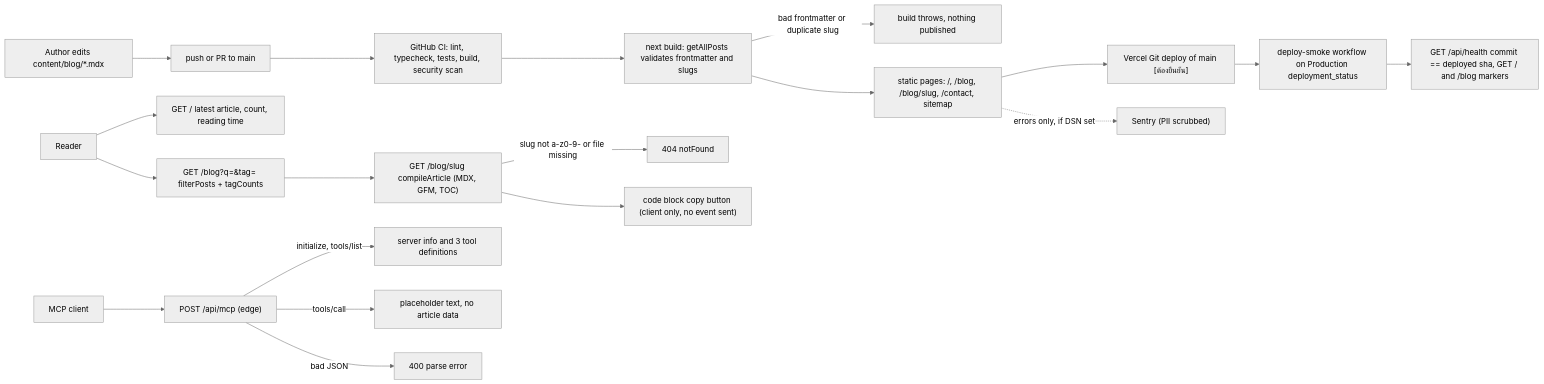
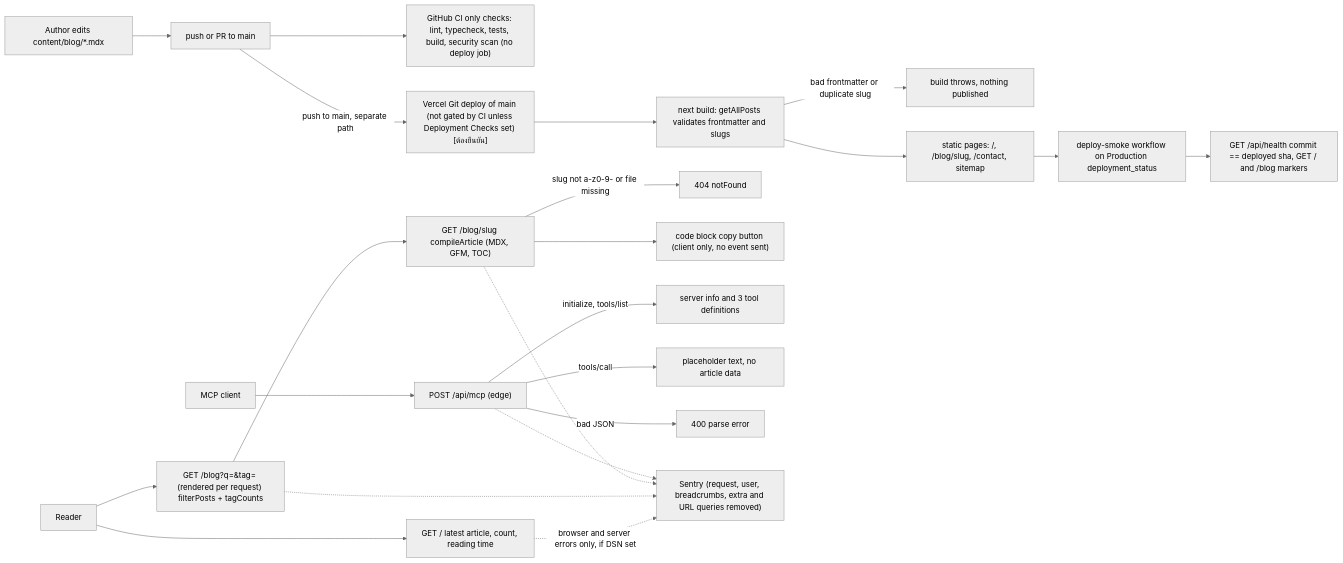
One commit to bookchaowalit-website/content-techblog-web changed the first of 2 diagrams in docs/diagrams/01-business-process.md. Above: the diagram before and after it, drawn with Mermaid (neutral theme). The commit also changed other lines of this file, not shown here.

Commit message:
docs: correct As-Is/To-Be facts from review (01-business-process)

````diff
--- a/docs/diagrams/01-business-process.md
+++ b/docs/diagrams/01-business-process.md
@@ -9,21 +9,24 @@
 ```mermaid
 flowchart LR
   AUTHOR["Author edits content/blog/*.mdx"] --> PR["push or PR to main"]
-  PR --> CI["GitHub CI: lint, typecheck, tests, build, security scan"]
-  CI --> BUILD["next build: getAllPosts validates frontmatter and slugs"]
+  PR --> CI["GitHub CI only checks: lint, typecheck, tests, build, security scan (no deploy job)"]
+  PR -->|"push to main, separate path"| VERCEL["Vercel Git deploy of main (not gated by CI unless Deployment Checks set) [ต้องยืนยัน]"]
+  VERCEL --> BUILD["next build: getAllPosts validates frontmatter and slugs"]
   BUILD -->|"bad frontmatter or duplicate slug"| FAIL["build throws, nothing published"]
-  BUILD --> STATIC["static pages: /, /blog, /blog/slug, /contact, sitemap"]
-  STATIC --> VERCEL["Vercel Git deploy of main [ต้องยืนยัน]"]
-  VERCEL --> SMOKE["deploy-smoke workflow on Production deployment_status"]
+  BUILD --> STATIC["static pages: /, /blog/slug, /contact, sitemap"]
+  STATIC --> SMOKE["deploy-smoke workflow on Production deployment_status"]
   SMOKE --> HEALTH["GET /api/health commit == deployed sha, GET / and /blog markers"]
   R["Reader"] --> HOME["GET / latest article, count, reading time"]
-  R --> IDX["GET /blog?q=&tag= filterPosts + tagCounts"]
+  R --> IDX["GET /blog?q=&tag= (rendered per request) filterPosts + tagCounts"]
   IDX --> ART["GET /blog/slug compileArticle (MDX, GFM, TOC)"]
   ART -->|"slug not a-z0-9- or file missing"| NF["404 notFound"]
   ART --> COPY["code block copy button (client only, no event sent)"]
   AGENT["MCP client"] --> MCP["POST /api/mcp (edge)"]
   MCP -->|"initialize, tools/list"| META["server info and 3 tool definitions"]
   MCP -->|"tools/call"| STUB["placeholder text, no article data"]
   MCP -->|"bad JSON"| PERR["400 parse error"]
-  STATIC -.->|"errors only, if DSN set"| SENTRY["Sentry (PII scrubbed)"]
+  HOME -.->|"browser and server errors only, if DSN set"| SENTRY["Sentry (request, user, breadcrumbs, extra and URL queries removed)"]
+  IDX -.-> SENTRY
+  ART -.-> SENTRY
+  MCP -.-> SENTRY
 ```
````
